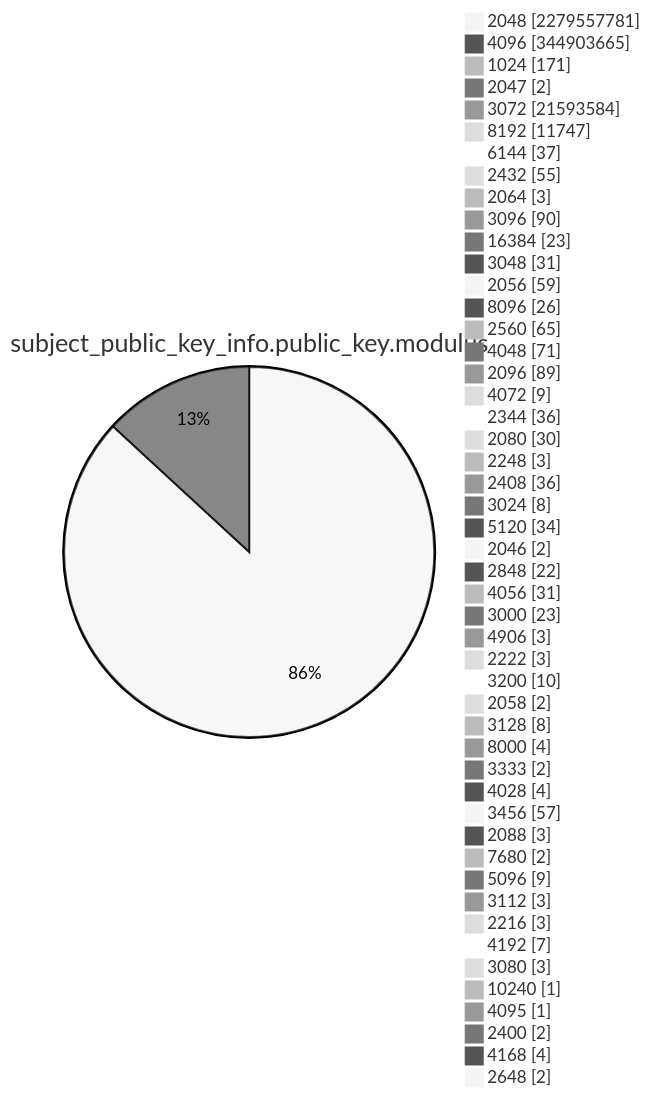
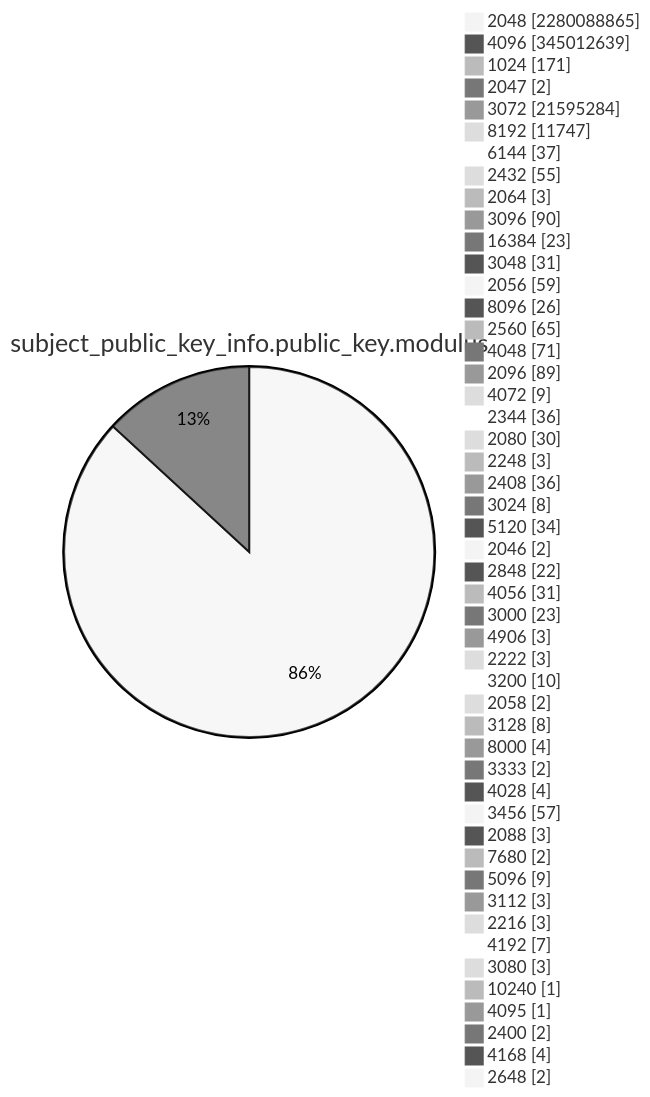
Before and after one commit to christiankrug/ctmonitor_visualization: diagram 13 of 15 in TOTAL/README.md, drawn with Mermaid (neutral theme). The commit also changed other lines of this file, not shown here.

````diff
--- a/TOTAL/README.md
+++ b/TOTAL/README.md
@@ -4165,53 +4165,53 @@
 ```mermaid
 pie showData
 title subject_public_key_info.public_key.modulus
-"2048" :2279557781
-"4096" :344903665
+"2048" :2280088865
+"4096" :345012639
 "1024" :171
 "2047" :2
-"3072" :21593584
+"3072" :21595284
 "8192" :11747
 "6144" :37
 "2432" :55
 "2064" :3
 "3096" :90
 "16384" :23
 "3048" :31
 "2056" :59
 "8096" :26
 "2560" :65
 "4048" :71
 "2096" :89
 "4072" :9
 "2344" :36
 "2080" :30
 "2248" :3
 "2408" :36
 "3024" :8
 "5120" :34
 "2046" :2
 "2848" :22
 "4056" :31
 "3000" :23
 "4906" :3
 "2222" :3
 "3200" :10
 "2058" :2
 "3128" :8
 "8000" :4
 "3333" :2
 "4028" :4
 "3456" :57
 "2088" :3
 "7680" :2
 "5096" :9
 "3112" :3
 "2216" :3
 "4192" :7
 "3080" :3
 "10240" :1
 "4095" :1
 "2400" :2
 "4168" :4
 "2648" :2
 ```
````
